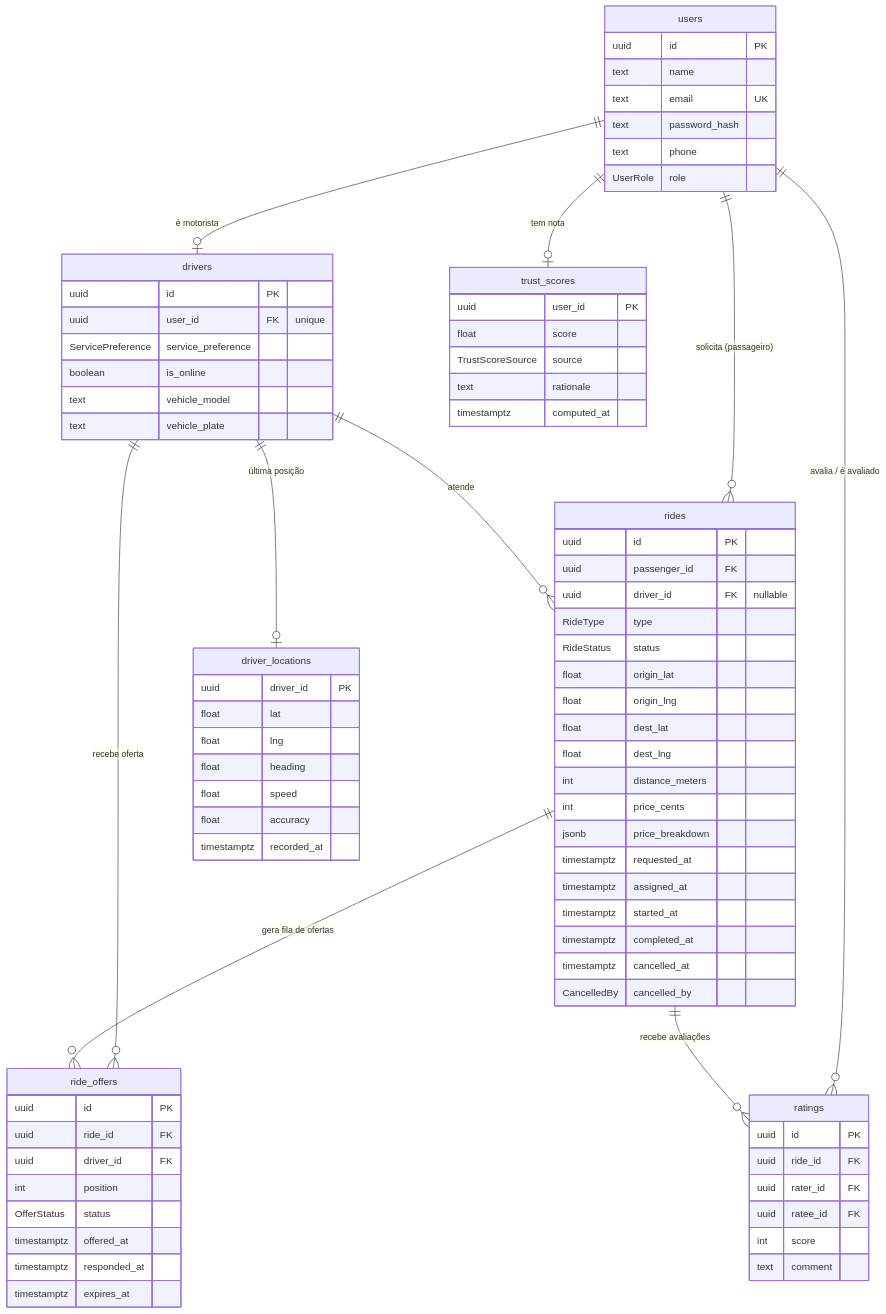
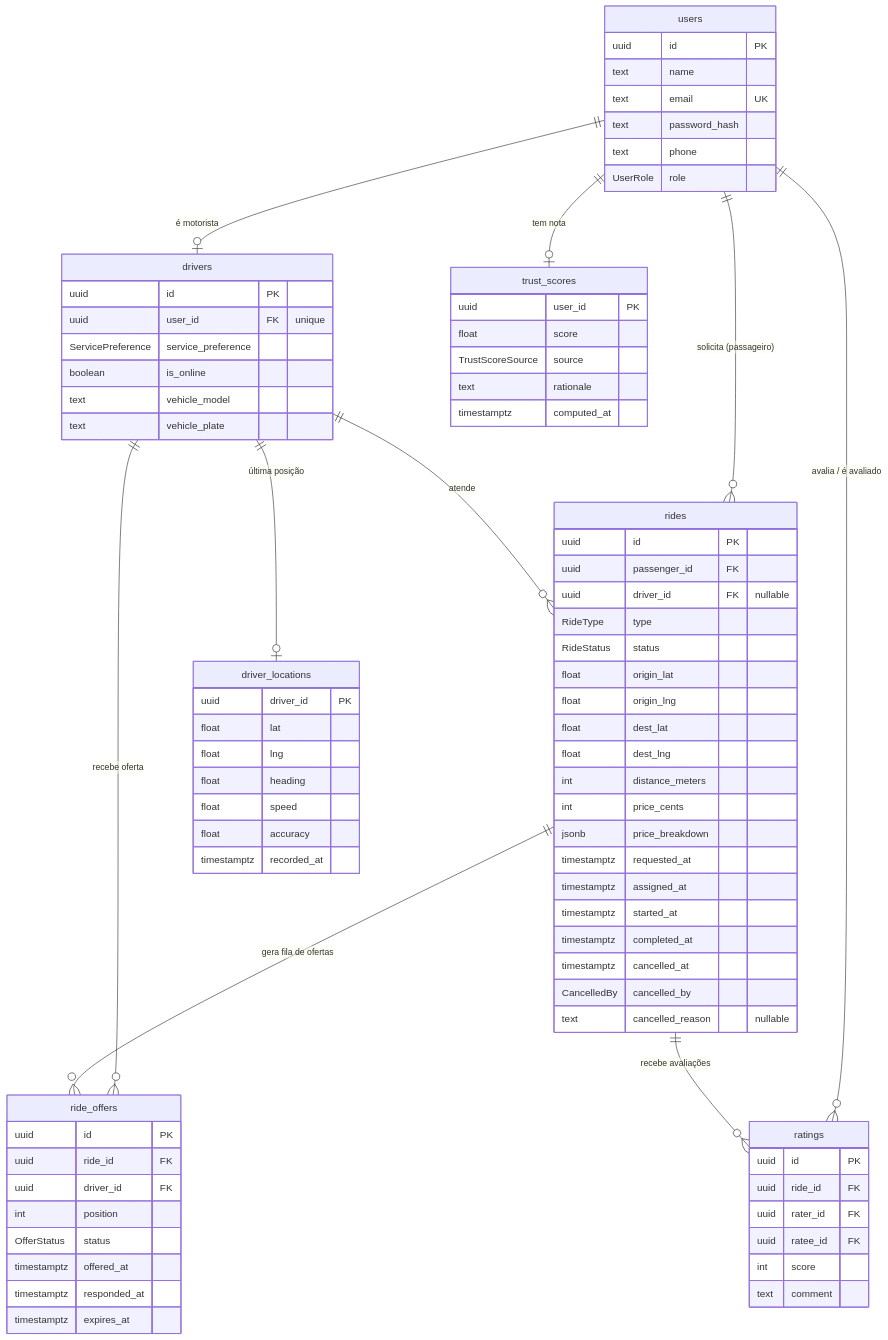
The diagram in docs/er.md (victorkauan/unifor-urbanogo-backend), drawn with Mermaid before and after one commit. The commit also changed 7 other files, not shown here.

```diff
--- a/docs/er.md
+++ b/docs/er.md
@@ -53,6 +53,7 @@
         timestamptz completed_at
         timestamptz cancelled_at
         CancelledBy cancelled_by
+        text cancelled_reason "nullable"
     }
     ride_offers {
         uuid id PK
```
